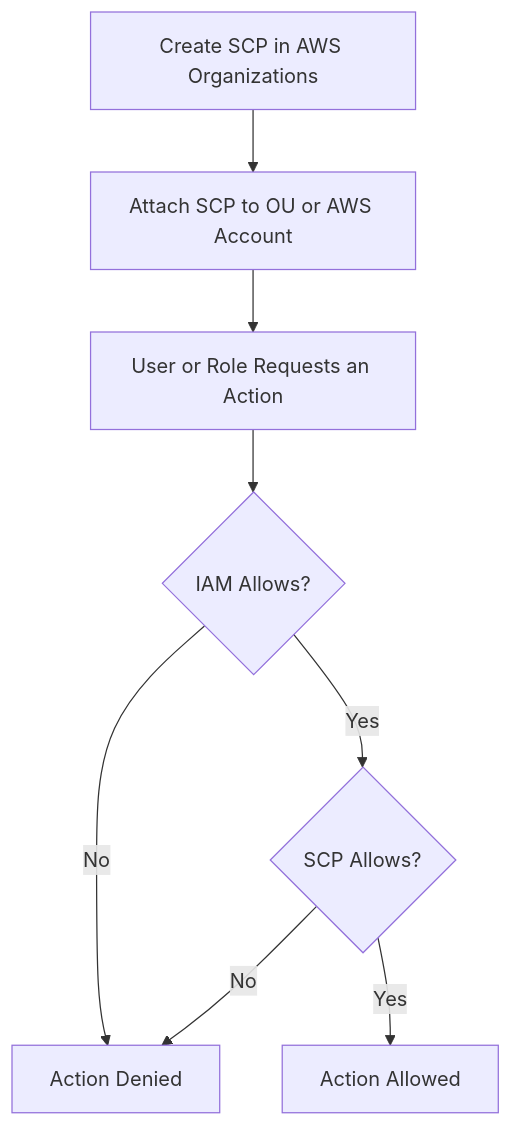
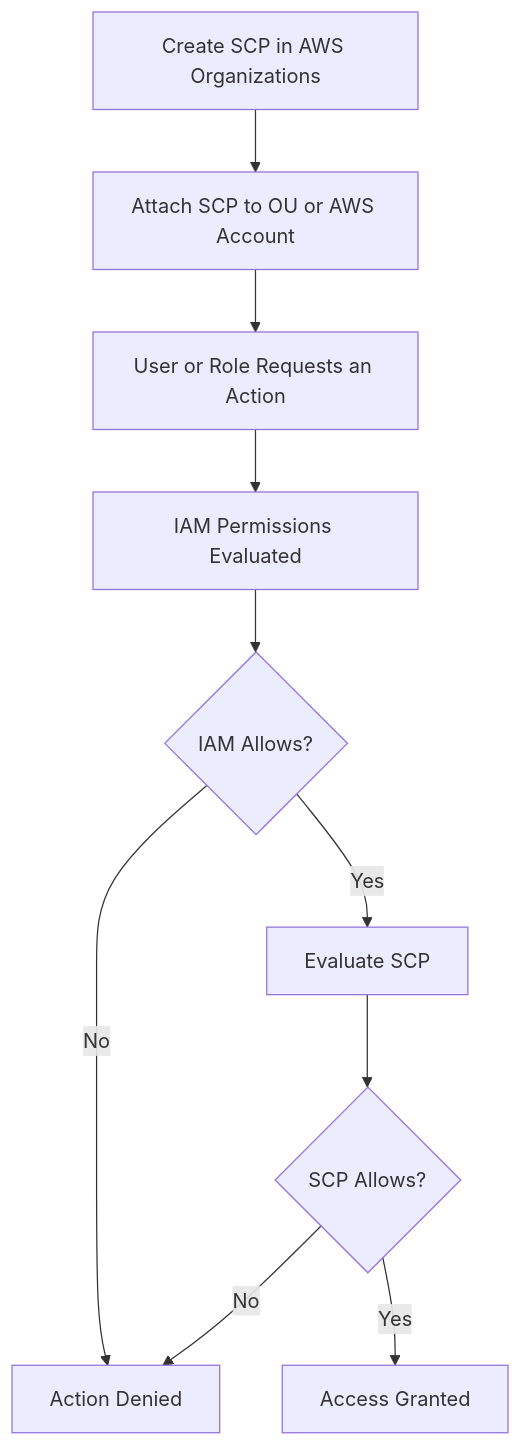
One commit to Ishaan-Dev5/sanatak changed the diagram in sprint-1/AWS_SCP.md. Above: the diagram before and after it, drawn with Mermaid. The commit also changed other lines of this file, not shown here.

````diff
--- a/sprint-1/AWS_SCP.md
+++ b/sprint-1/AWS_SCP.md
@@ -71,11 +63,14 @@
 ```mermaid
 flowchart TD
     A[Create SCP in AWS Organizations] --> B[Attach SCP to OU or AWS Account]
     B --> C[User or Role Requests an Action]
-    C --> D{IAM Allows?}
-    D -- No --> E[Action Denied]
-    D -- Yes --> F{SCP Allows?}
-    F -- No --> E
-    F -- Yes --> G[Action Allowed]
+    C --> D[IAM Permissions Evaluated]
+    D --> E{IAM Allows?}
+    E -- No --> F[Action Denied]
+    E -- Yes --> G[Evaluate SCP]
+    G --> H{SCP Allows?}
+    H -- No --> F
+    H -- Yes --> I[Access Granted]
+
 
 ```
````
